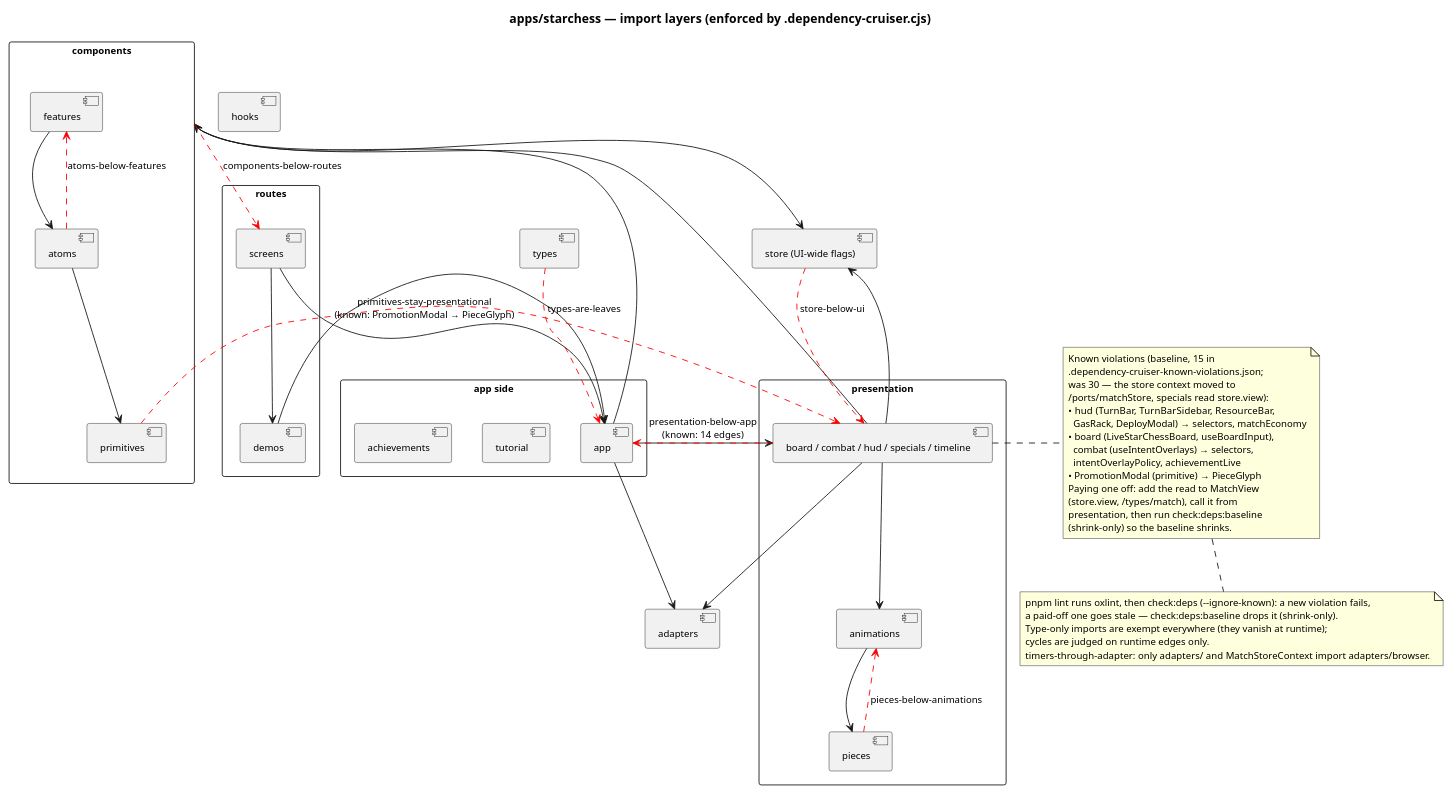
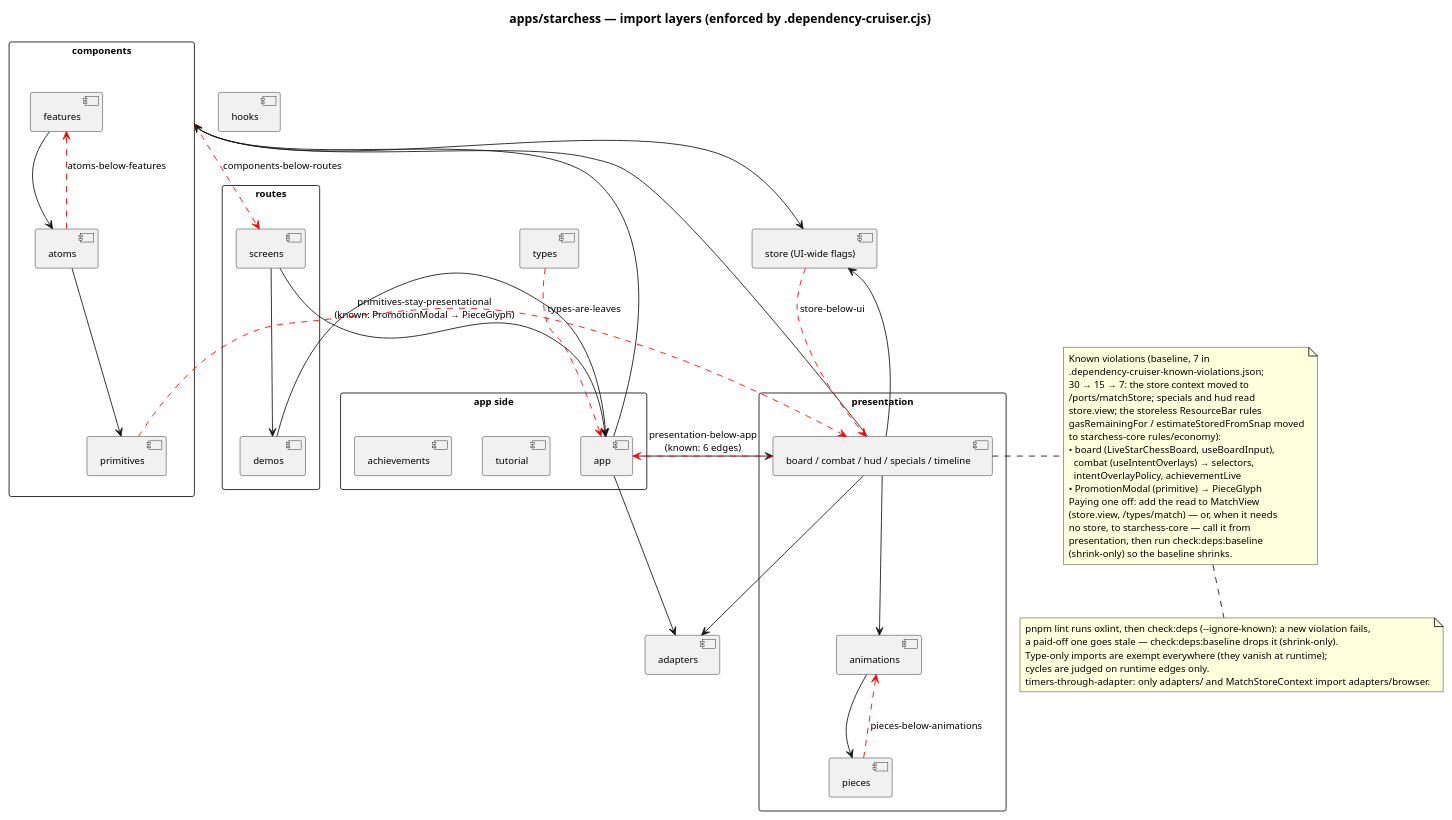
One commit to proveo-ca/chess-coach changed the diagram in _spec/apps/starchess/architecture/layers.puml. Above: the diagram before and after it, drawn with PlantUML. The commit also changed 15 other files, not shown here.

First line of the commit message:
Port the HUD onto store.view; move snapshot economy rules into core (#36)

```diff
--- a/_spec/apps/starchess/architecture/layers.puml
+++ b/_spec/apps/starchess/architecture/layers.puml
@@ -1,79 +1,81 @@
 @startuml layers
 title apps/starchess — import layers (enforced by .dependency-cruiser.cjs)
 
 skinparam shadowing false
 skinparam defaultFontSize 11
 skinparam packageStyle rectangle
 
 package "routes" {
   [screens] as screens
   [demos] as demos
 }
 package "app side" {
   [app] as app
   [tutorial] as tutorial
   [achievements] as ach
 }
 package "presentation" {
   [animations] as anim
   [pieces] as pieces
   [board / combat / hud / specials / timeline] as pres
 }
 package "components" {
   [features] as features
   [atoms] as atoms
   [primitives] as prims
 }
 [store (UI-wide flags)] as store
 [hooks] as hooks
 [adapters] as adapters
 [types] as types
 
 screens --> demos
 screens --> app
 demos --> app
 app --> pres
 app --> components
 pres --> anim
 anim --> pieces
 pres --> components
 features --> atoms
 atoms --> prims
 pres --> store
 components --> store
 app --> adapters
 pres --> adapters
 
 pieces -[#red,dashed]-> anim : pieces-below-animations
 prims -[#red,dashed]-> pres : primitives-stay-presentational\n(known: PromotionModal → PieceGlyph)
 atoms -[#red,dashed]-> features : atoms-below-features
 components -[#red,dashed]-> screens : components-below-routes
-pres -[#red,dashed]-> app : presentation-below-app\n(known: 14 edges)
+pres -[#red,dashed]-> app : presentation-below-app\n(known: 6 edges)
 store -[#red,dashed]-> pres : store-below-ui
 types -[#red,dashed]-> app : types-are-leaves
 
 note right of pres
-  Known violations (baseline, 15 in
+  Known violations (baseline, 7 in
   .dependency-cruiser-known-violations.json;
-  was 30 — the store context moved to
-  ~/ports/matchStore, specials read store.view):
-  • hud (TurnBar, TurnBarSidebar, ResourceBar,
-    GasRack, DeployModal) → selectors, matchEconomy
+  30 → 15 → 7: the store context moved to
+  ~/ports/matchStore; specials and hud read
+  store.view; the storeless ResourceBar rules
+  gasRemainingFor / estimateStoredFromSnap moved
+  to starchess-core rules/economy):
   • board (LiveStarChessBoard, useBoardInput),
     combat (useIntentOverlays) → selectors,
     intentOverlayPolicy, achievementLive
   • PromotionModal (primitive) → PieceGlyph
   Paying one off: add the read to MatchView
-  (store.view, ~/types/match), call it from
+  (store.view, ~/types/match) — or, when it needs
+  no store, to starchess-core — call it from
   presentation, then run check:deps:baseline
   (shrink-only) so the baseline shrinks.
 end note
 
 note bottom
   pnpm lint runs oxlint, then check:deps (--ignore-known): a new violation fails,
   a paid-off one goes stale — check:deps:baseline drops it (shrink-only).
   Type-only imports are exempt everywhere (they vanish at runtime);
   cycles are judged on runtime edges only.
   timers-through-adapter: only adapters/ and MatchStoreContext import adapters/browser.
 end note
 @enduml
```
